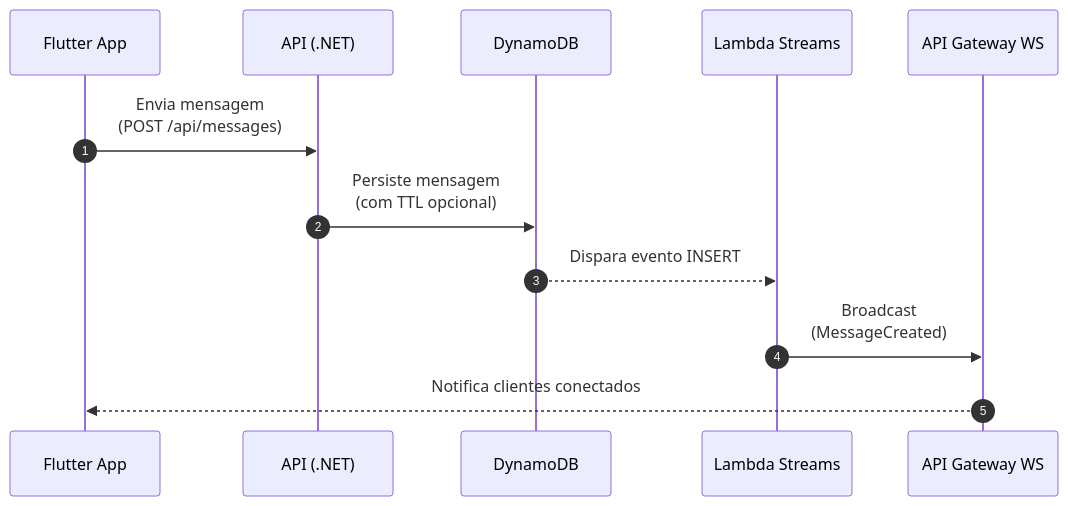
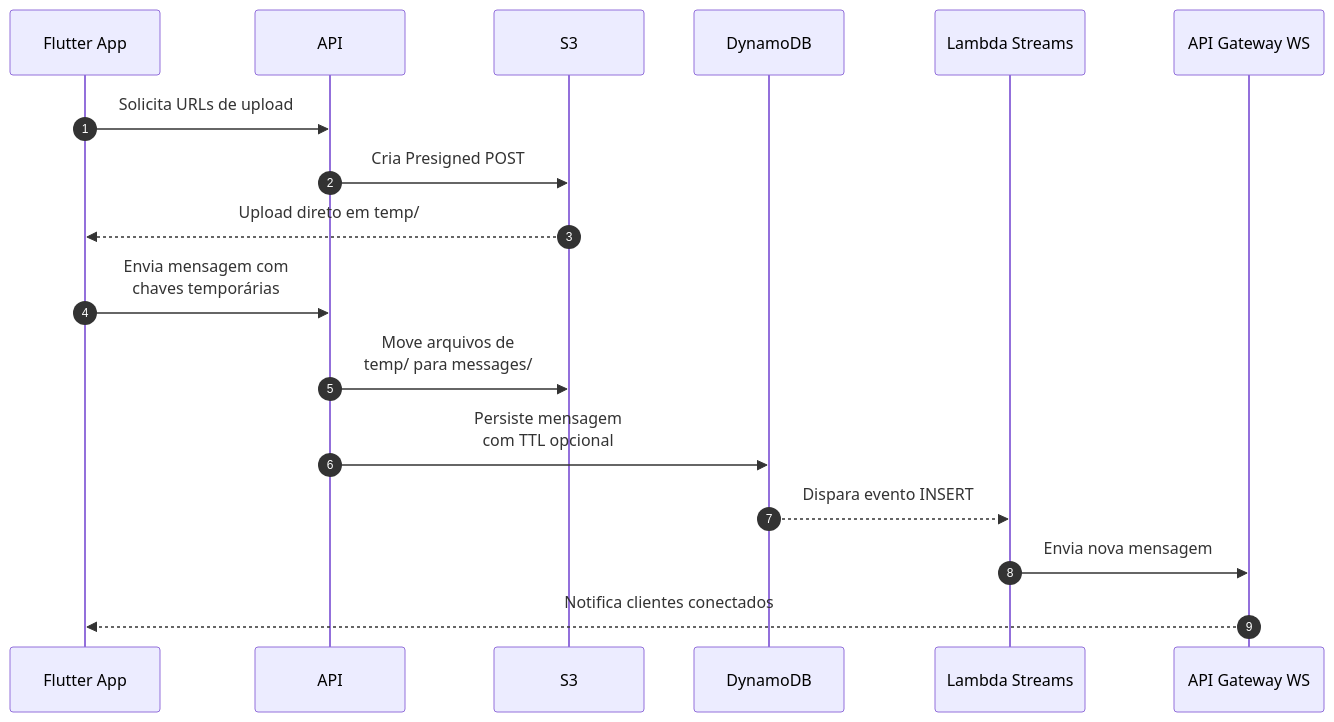
Before and after one commit to vitorang/CloudFlow: the first of 3 diagrams in README.md, drawn with Mermaid. The commit also changed other lines of this file and 16 other files, not shown here.

Commit message:
Upload de arquivo pelo app e correções na API

````diff
--- a/README.md
+++ b/README.md
@@ -23,9 +24,13 @@
 ```mermaid
 sequenceDiagram
     autonumber
-    Flutter App->>API (.NET): Envia mensagem<br/>(POST /api/messages)
-    API (.NET)->>DynamoDB: Persiste mensagem<br/>(com TTL opcional)
+    Flutter App->>API: Solicita URLs de upload
+    API->>S3: Cria Presigned POST
+    S3-->>Flutter App: Upload direto em temp/
+    Flutter App->>API: Envia mensagem com<br/>chaves temporárias
+    API->>S3: Move arquivos de<br/>temp/ para messages/
+    API->>DynamoDB: Persiste mensagem<br/>com TTL opcional
     DynamoDB-->>Lambda Streams: Dispara evento INSERT
-    Lambda Streams->>API Gateway WS: Broadcast<br/>(MessageCreated)
+    Lambda Streams->>API Gateway WS: Envia nova mensagem
     API Gateway WS-->>Flutter App: Notifica clientes conectados
 ```
````
